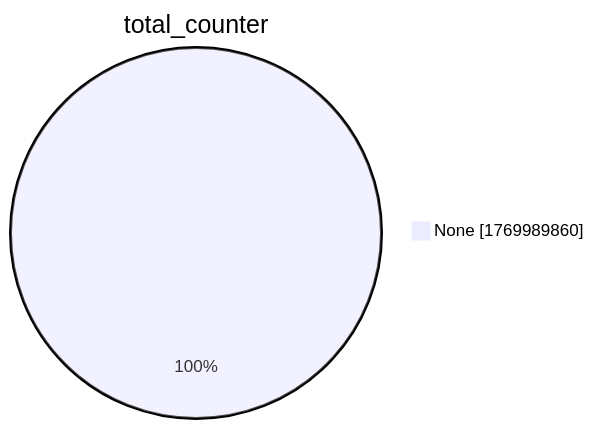
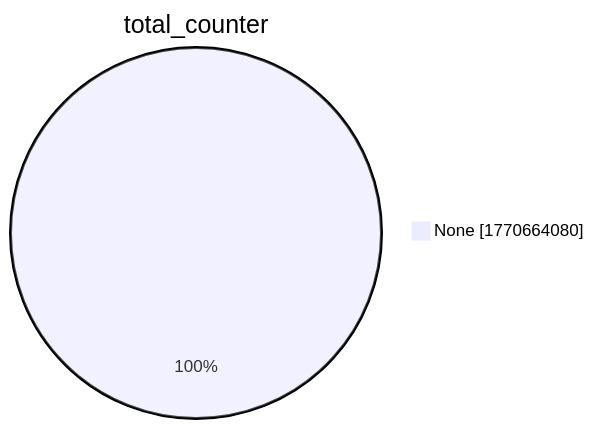
Before and after one commit to christiankrug/ctmonitor_visualization: the second of 15 diagrams in xenon2022/README.md, drawn with Mermaid. The commit also changed other lines of this file, not shown here.

````diff
--- a/xenon2022/README.md
+++ b/xenon2022/README.md
@@ -9,5 +9,5 @@
 ```mermaid
 pie showData
 title total_counter
-"None" :1769989860
+"None" :1770664080
 ```
````
